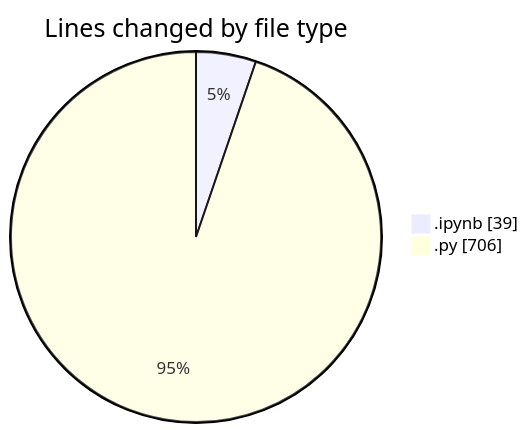
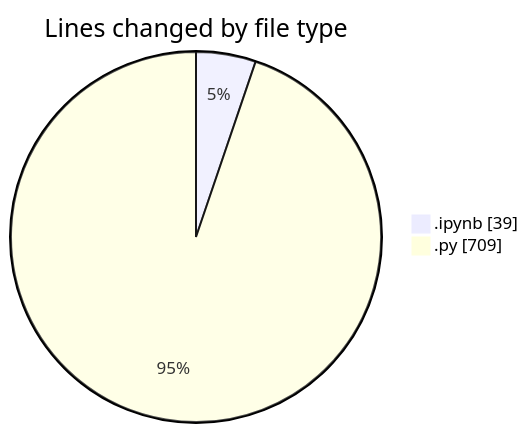
The first of 2 diagrams in 2025-03-15/myws__workspace_/README.md (MatusMokan/code-tracking), drawn with Mermaid before and after one commit. The commit also changed other lines of this file and 1 other file, not shown here.

````diff
--- a/2025-03-15/myws__workspace_/README.md
+++ b/2025-03-15/myws__workspace_/README.md
@@ -21,6 +21,6 @@
 ```mermaid
 pie showData
 title Lines changed by file type
 ".ipynb" : 39
-".py" : 706
+".py" : 709
 ```
````
